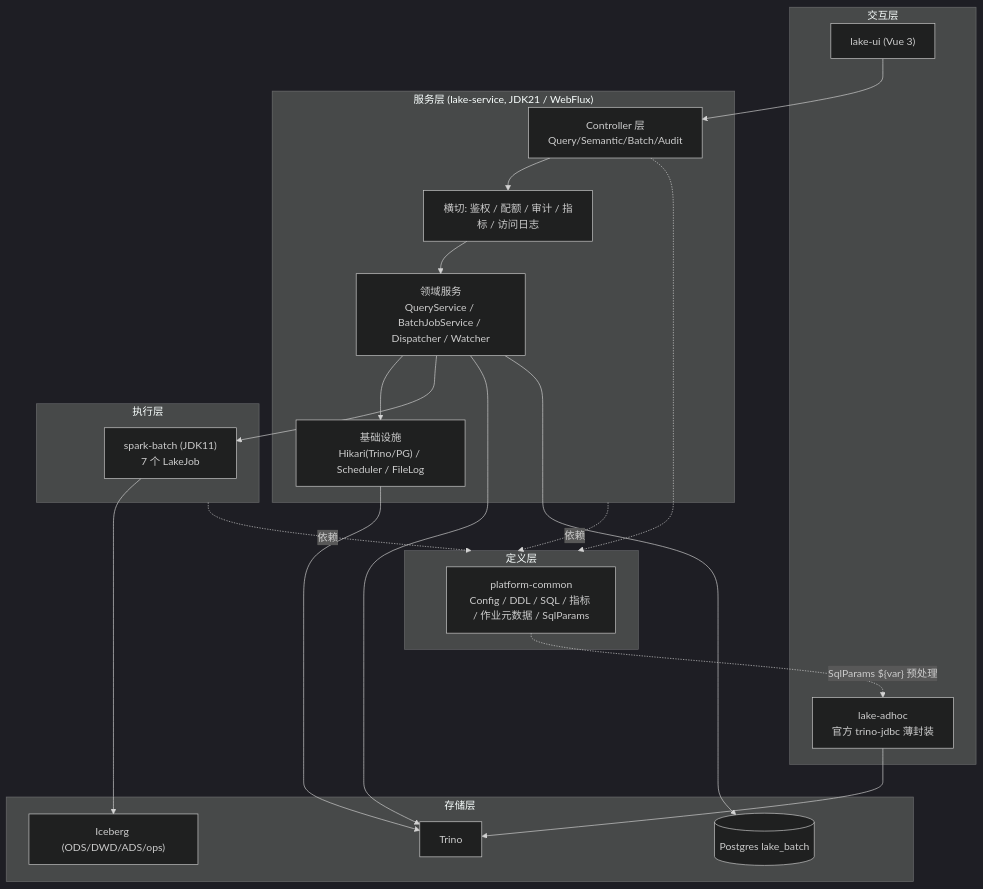
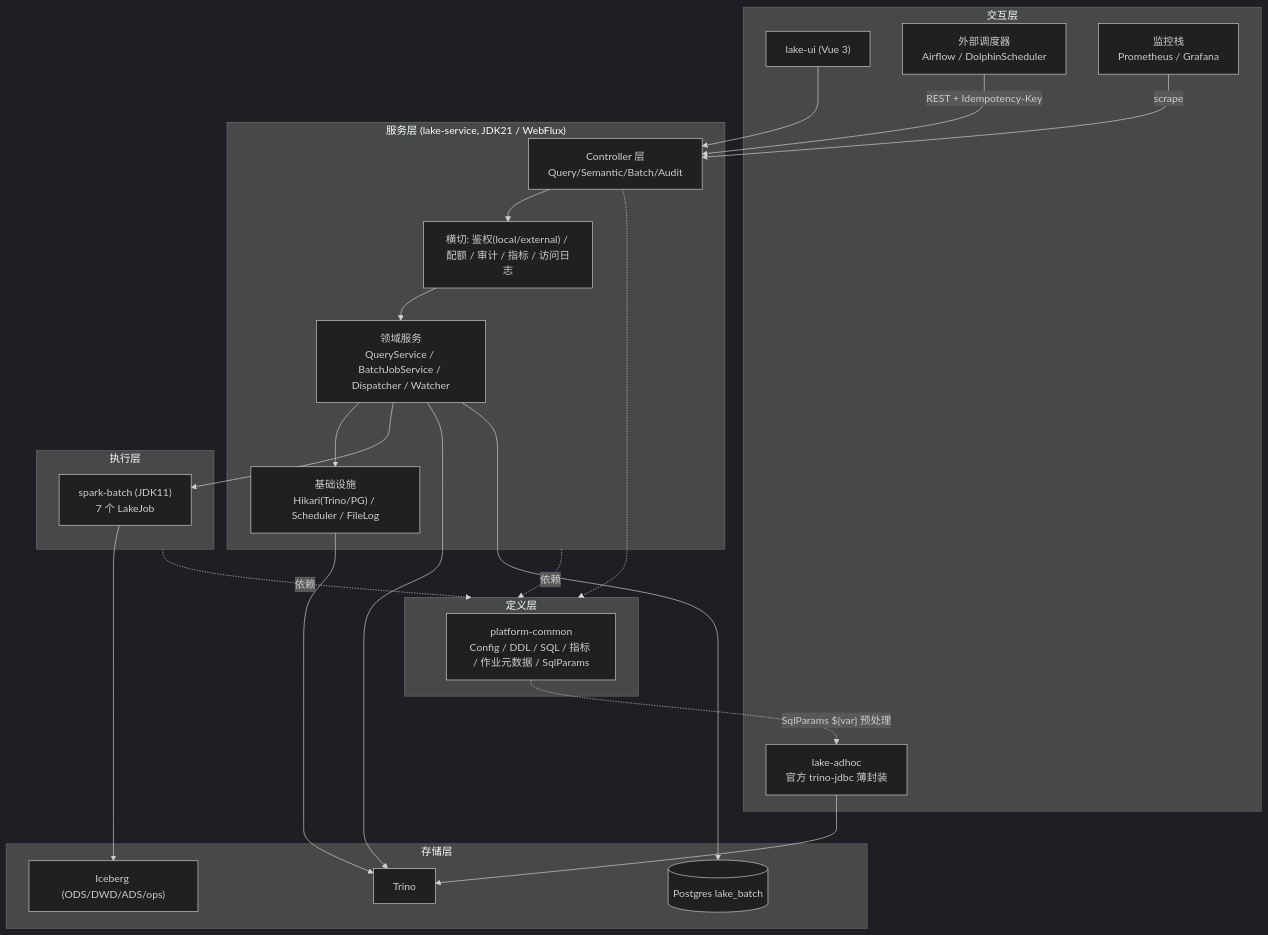
One commit to leishu/data-demo changed the second of 13 diagrams in docs/lakehouse-demo/概要设计-lakehouse-demo.md. Above: the diagram before and after it, drawn with Mermaid (dark theme). The commit also changed other lines of this file, not shown here.

````diff
--- a/docs/lakehouse-demo/概要设计-lakehouse-demo.md
+++ b/docs/lakehouse-demo/概要设计-lakehouse-demo.md
@@ -125,37 +137,41 @@
 ```mermaid
 graph TD
     subgraph L4["交互层"]
         UI["lake-ui (Vue 3)"]
         ADHOC["lake-adhoc<br/>官方 trino-jdbc 薄封装"]
+        SCHED["外部调度器<br/>Airflow / DolphinScheduler"]
+        OBS["监控栈<br/>Prometheus / Grafana"]
     end
     subgraph L3["服务层 (lake-service, JDK21 / WebFlux)"]
         CTRL["Controller 层<br/>Query/Semantic/Batch/Audit"]
-        CROSS["横切: 鉴权 / 配额 / 审计 / 指标 / 访问日志"]
+        CROSS["横切: 鉴权(local/external) / 配额 / 审计 / 指标 / 访问日志"]
         DOMAIN["领域服务<br/>QueryService / BatchJobService / Dispatcher / Watcher"]
         INFRA["基础设施<br/>Hikari(Trino/PG) / Scheduler / FileLog"]
     end
     subgraph L2["执行层"]
         SPARK["spark-batch (JDK11)<br/>7 个 LakeJob"]
     end
     subgraph L1["定义层"]
         COMMON["platform-common<br/>Config / DDL / SQL / 指标 / 作业元数据 / SqlParams"]
     end
     subgraph STORE["存储层"]
         ICE["Iceberg (ODS/DWD/ADS/ops)"]
         TRINO["Trino"]
         PG[("Postgres lake_batch")]
     end
 
     UI --> CTRL
+    SCHED -->|"REST + Idempotency-Key"| CTRL
+    OBS -->|"scrape"| CTRL
     COMMON -.->|"SqlParams ${var} 预处理"| ADHOC
     ADHOC --> TRINO
     CTRL --> CROSS --> DOMAIN --> INFRA
     DOMAIN --> SPARK
     DOMAIN --> TRINO
     DOMAIN --> PG
     SPARK --> ICE
     INFRA --> TRINO
     L2 -.依赖.-> L1
     L3 -.依赖.-> L1
     CTRL -.-> L1
 ```
````
